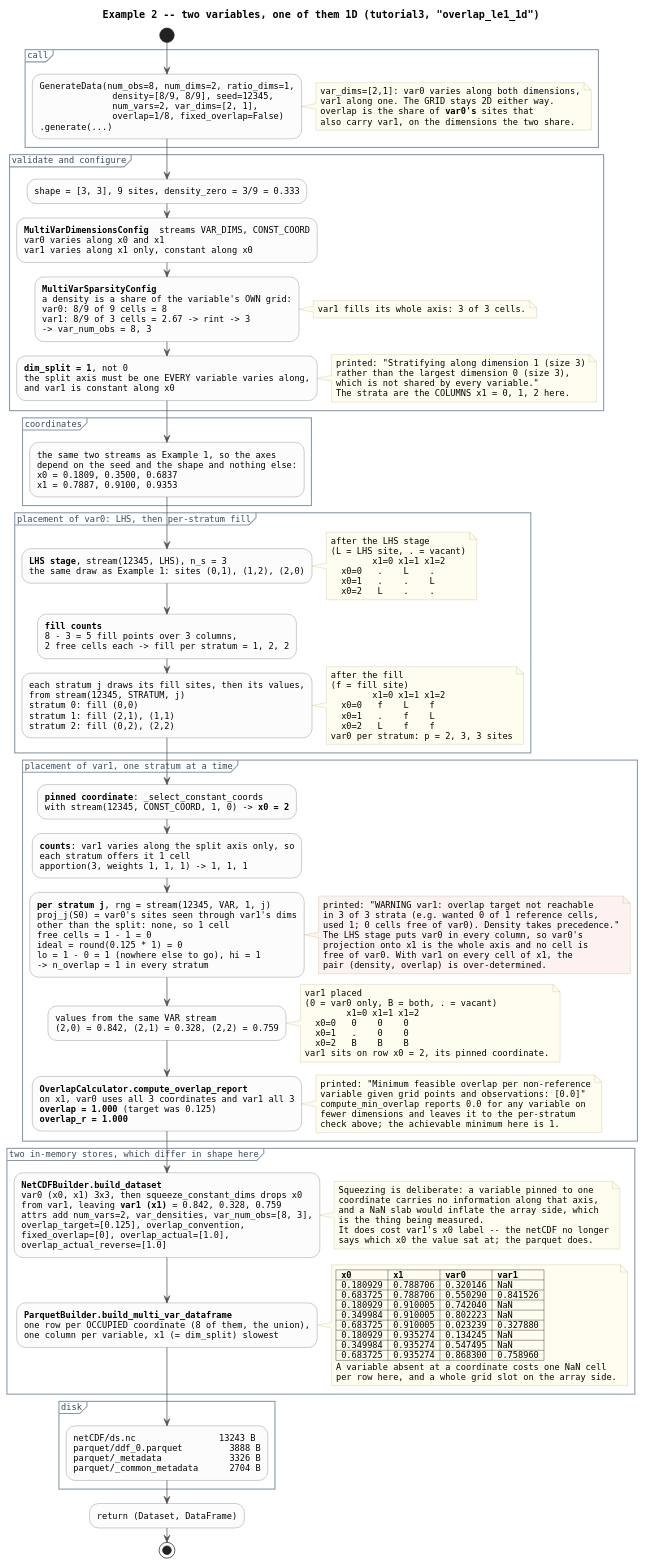
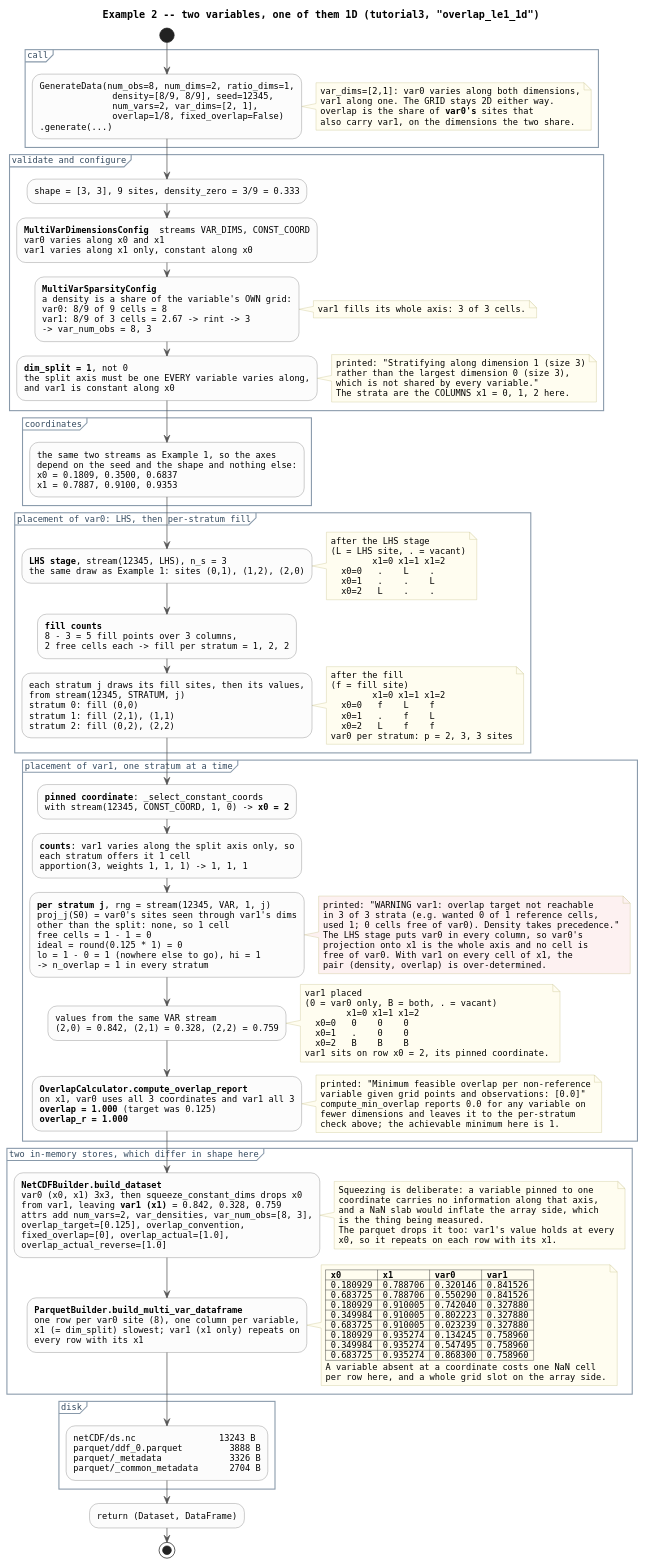
Before and after one commit to boom-lab/tabray: the diagram in docs/dataflow_example_multi_var.puml, drawn with PlantUML. The commit also changed 12 other files, not shown here.

```diff
--- a/docs/dataflow_example_multi_var.puml
+++ b/docs/dataflow_example_multi_var.puml
@@ -170,22 +170,23 @@
     coordinate carries no information along that axis,
     and a NaN slab would inflate the array side, which
     is the thing being measured.
-    It does cost var1's x0 label -- the netCDF no longer
-    says which x0 the value sat at; the parquet does.
+    The parquet drops it too: var1's value holds at every
+    x0, so it repeats on each row with its x1.
   end note
 
   :<b>ParquetBuilder.build_multi_var_dataframe</b>
-  one row per OCCUPIED coordinate (8 of them, the union),
-  one column per variable, x1 (= dim_split) slowest;
+  one row per var0 site (8), one column per variable,
+  x1 (= dim_split) slowest; var1 (x1 only) repeats on
+  every row with its x1;
   note right
     |= x0 |= x1 |= var0 |= var1 |
-    | 0.180929 | 0.788706 | 0.320146 | NaN |
+    | 0.180929 | 0.788706 | 0.320146 | 0.841526 |
     | 0.683725 | 0.788706 | 0.550290 | 0.841526 |
-    | 0.180929 | 0.910005 | 0.742040 | NaN |
-    | 0.349984 | 0.910005 | 0.802223 | NaN |
+    | 0.180929 | 0.910005 | 0.742040 | 0.327880 |
+    | 0.349984 | 0.910005 | 0.802223 | 0.327880 |
     | 0.683725 | 0.910005 | 0.023239 | 0.327880 |
-    | 0.180929 | 0.935274 | 0.134245 | NaN |
-    | 0.349984 | 0.935274 | 0.547495 | NaN |
+    | 0.180929 | 0.935274 | 0.134245 | 0.758960 |
+    | 0.349984 | 0.935274 | 0.547495 | 0.758960 |
     | 0.683725 | 0.935274 | 0.868300 | 0.758960 |
     A variable absent at a coordinate costs one NaN cell
     per row here, and a whole grid slot on the array side.
```
